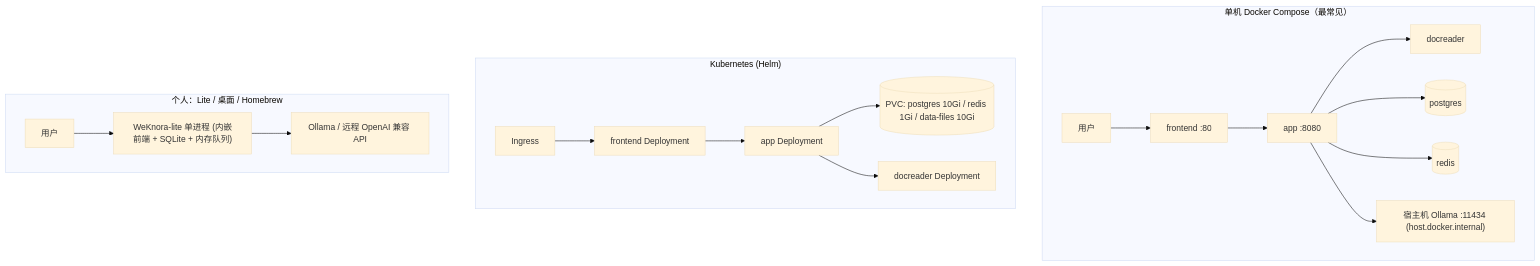
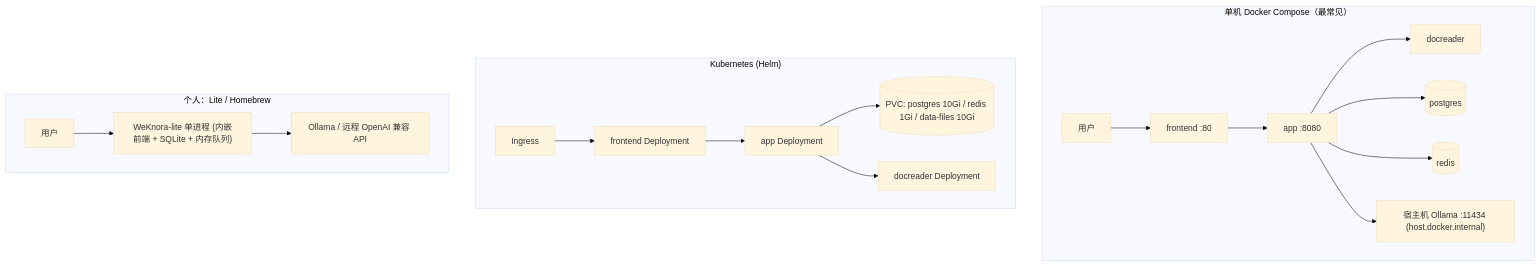
Before and after one commit to zsstrong2026/Know: the second of 2 diagrams in website-docs/01-getting-started/02-installation.md, drawn with Mermaid (base theme). The commit also changed other lines of this file and 59 other files, not shown here.

````diff
--- a/website-docs/01-getting-started/02-installation.md
+++ b/website-docs/01-getting-started/02-installation.md
@@ -278,22 +261,22 @@
 ```mermaid
 flowchart TB
     subgraph host["单机 Docker Compose（最常见）"]
         direction LR
         U1["用户"] --> N1["frontend :80"] --> A1["app :8080"]
         A1 --> D1["docreader"]
         A1 --> P1[("postgres")]
         A1 --> R1[("redis")]
         A1 --> O1["宿主机 Ollama :11434 (host.docker.internal)"]
     end
     subgraph k8s["Kubernetes (Helm)"]
         direction LR
         ING["Ingress"] --> FE2["frontend Deployment"] --> A2["app Deployment"]
         A2 --> PVC1[("PVC: postgres 10Gi / redis 1Gi / data-files 10Gi")]
         A2 --> D2["docreader Deployment"]
     end
-    subgraph laptop["个人：Lite / 桌面 / Homebrew"]
+    subgraph laptop["个人：Lite / Homebrew"]
         direction LR
         U3["用户"] --> L1["WeKnora-lite 单进程 (内嵌前端 + SQLite + 内存队列)"]
         L1 --> O3["Ollama / 远程 OpenAI 兼容 API"]
     end
 ```
````
